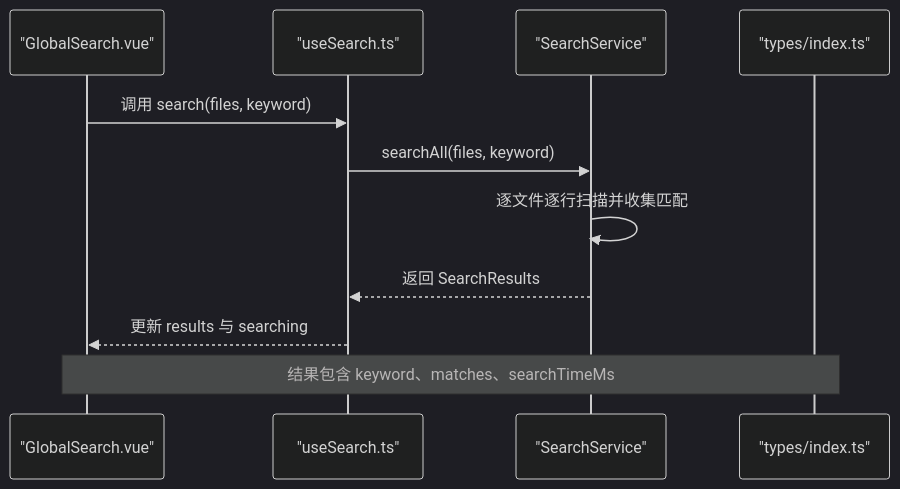
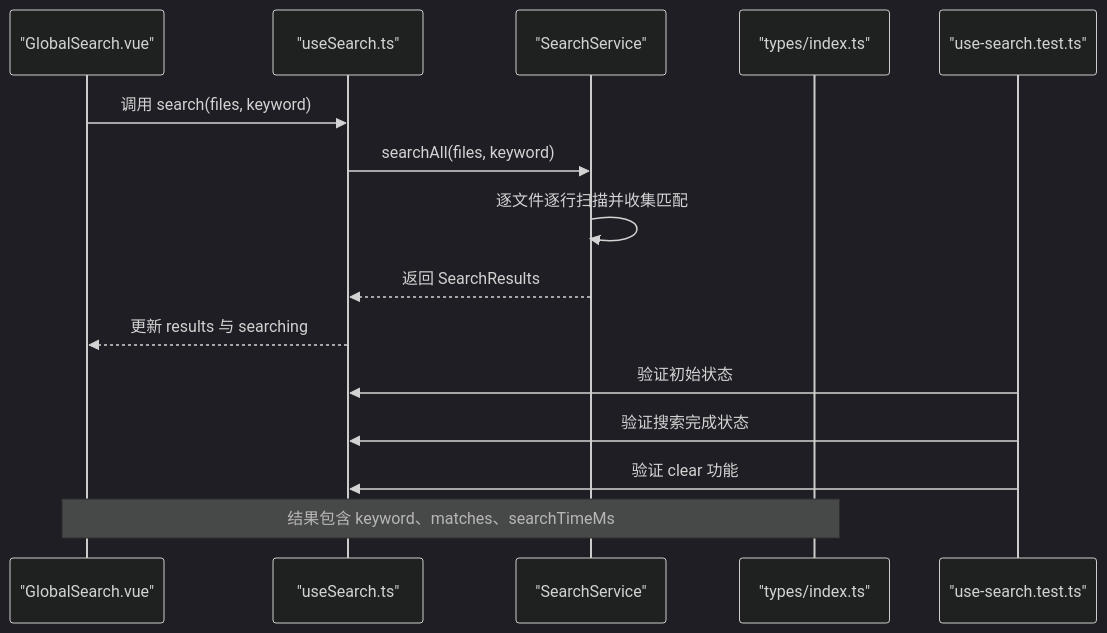
One commit to taoweidong/Hello-Tauri changed the second of 4 diagrams in .qoder/repowiki/zh/content/架构设计/数据流模式/组合式函数数据逻辑/全局搜索组合函数.md. Above: the diagram before and after it, drawn with Mermaid (dark theme). The commit also changed other lines of this file and 119 other files, not shown here.

````diff
--- a/.qoder/repowiki/zh/content/架构设计/数据流模式/组合式函数数据逻辑/全局搜索组合函数.md
+++ b/.qoder/repowiki/zh/content/架构设计/数据流模式/组合式函数数据逻辑/全局搜索组合函数.md
@@ -84,13 +103,17 @@
 ```mermaid
 sequenceDiagram
 participant U as "GlobalSearch.vue"
 participant C as "useSearch.ts"
 participant S as "SearchService"
 participant T as "types/index.ts"
+participant Test as "use-search.test.ts"
 U->>C : 调用 search(files, keyword)
 C->>S : searchAll(files, keyword)
 S->>S : 逐文件逐行扫描并收集匹配
 S-->>C : 返回 SearchResults
 C-->>U : 更新 results 与 searching
+Test->>C : 验证初始状态
+Test->>C : 验证搜索完成状态
+Test->>C : 验证 clear 功能
 Note over U,T : 结果包含 keyword、matches、searchTimeMs
 ```
````
